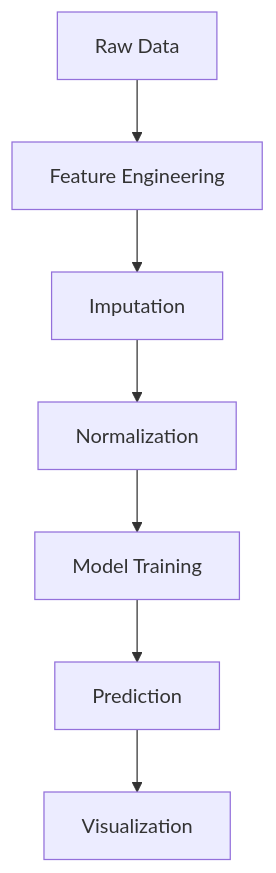
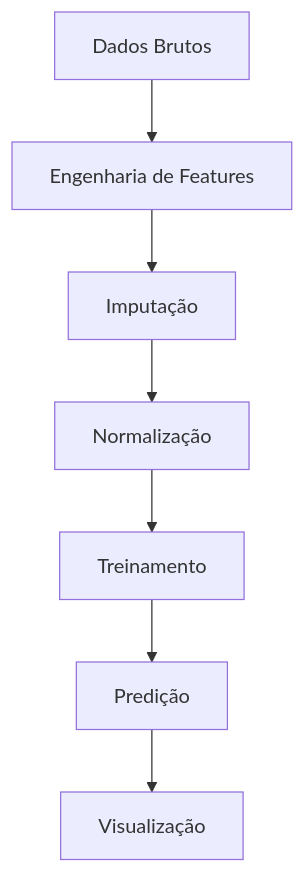
One commit to rhccarmo21/school-dropout-risk changed the diagram in README.md. Above: the diagram before and after it, drawn with Mermaid. The commit also changed other lines of this file, not shown here.

````diff
--- a/README.md
+++ b/README.md
@@ -139,9 +139,9 @@
 ```mermaid
 graph TD
-    A[Raw Data] --> B[Feature Engineering]
-    B --> C[Imputation]
-    C --> D[Normalization]
-    D --> E[Model Training]
-    E --> F[Prediction]
-    F --> G[Visualization]
+    A[Dados Brutos] --> B[Engenharia de Features]
+    B --> C[Imputação]
+    C --> D[Normalização]
+    D --> E[Treinamento]
+    E --> F[Predição]
+    F --> G[Visualização]
 ```
````
